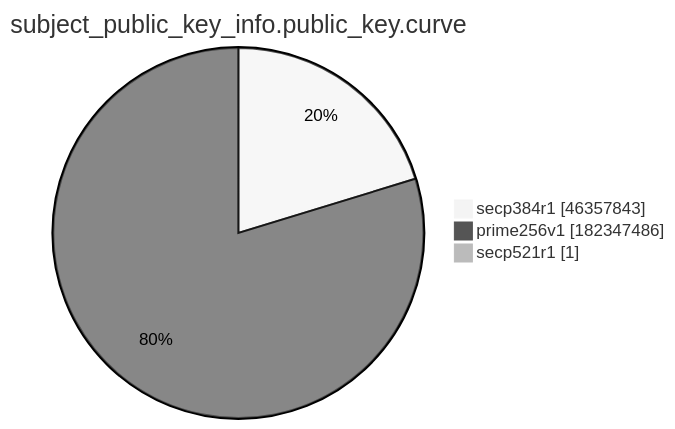
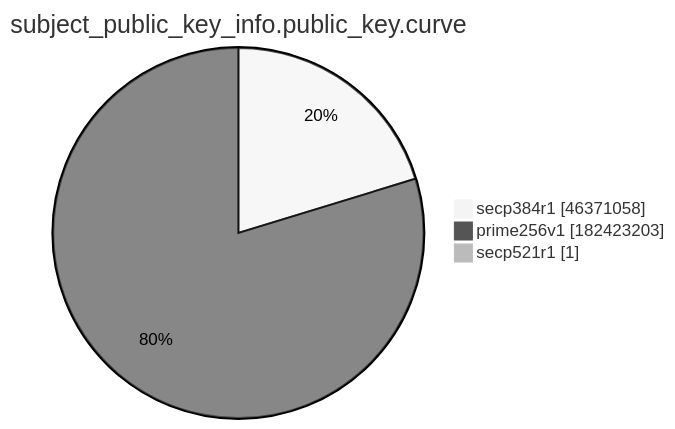
One commit to christiankrug/ctmonitor_visualization changed the ninth of 15 diagrams in xenon2022/README.md. Above: the diagram before and after it, drawn with Mermaid (neutral theme). The commit also changed other lines of this file, not shown here.

````diff
--- a/xenon2022/README.md
+++ b/xenon2022/README.md
@@ -2874,7 +2874,7 @@
 ```mermaid
 pie showData
 title subject_public_key_info.public_key.curve
-"secp384r1" :46357843
-"prime256v1" :182347486
+"secp384r1" :46371058
+"prime256v1" :182423203
 "secp521r1" :1
 ```
````
